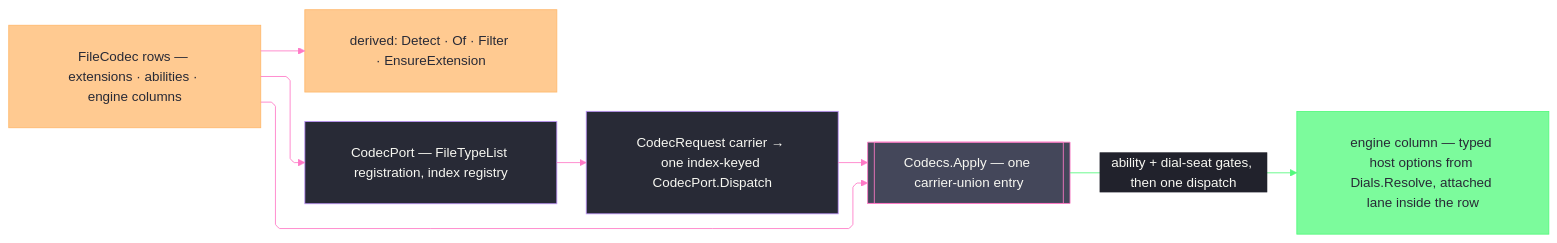
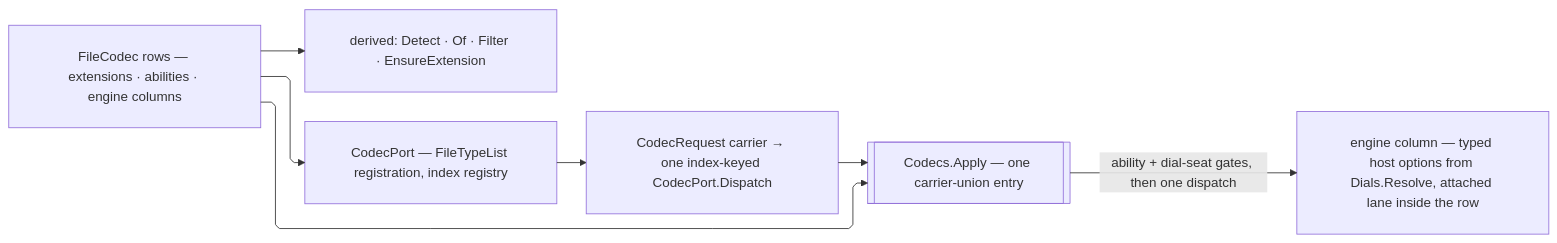
The diagram in libs/csharp/Rasm.Rhino/.planning/Exchange/formats.md (bsamiee/Rasm), drawn with Mermaid before and after one commit. The commit also changed 324 other files, not shown here.

````diff
--- a/libs/csharp/Rasm.Rhino/.planning/Exchange/formats.md
+++ b/libs/csharp/Rasm.Rhino/.planning/Exchange/formats.md
@@ -535,43 +535,18 @@
 ```mermaid
 ---
 config:
-  theme: base
-  look: classic
   layout: elk
   flowchart:
     curve: linear
     padding: 25
-  themeVariables:
-    darkMode: true
-    fontFamily: "SF Mono, Menlo, Cascadia Mono, Segoe UI Mono, Consolas, monospace"
-    useGradient: false
-    dropShadow: "none"
-    background: "#282A36"
-    primaryColor: "#44475A"
-    primaryTextColor: "#F8F8F2"
-    primaryBorderColor: "#BD93F9"
-    lineColor: "#FF79C6"
-    textColor: "#F8F8F2"
-    edgeLabelBackground: "#21222C"
-    labelBackgroundColor: "#21222C"
-  themeCSS: ".nodeLabel{font-size:13px;font-weight:500}.edgeLabel{font-size:12px;font-weight:500}.cluster-label .nodeLabel{font-size:13.5px;font-weight:700;letter-spacing:.08em}.edge-thickness-normal{stroke-width:2px}.edge-thickness-thick{stroke-width:3px}.edge-pattern-dashed,.edge-pattern-dotted{stroke-width:1.5px;stroke-dasharray:4 6}.node rect,.node circle,.node polygon,.node path,.node .outer-path{stroke-width:1.5px;filter:none!important}.cluster rect{stroke-width:1px!important;stroke-dasharray:5 4!important;filter:none!important}.marker path{transform:scale(.8);transform-origin:5px 5px}.marker circle{transform:scale(.48);transform-origin:5px 5px}.edgeLabel rect{transform-box:fill-box;transform-origin:center;transform:scale(1.1,1.2)}"
 ---
 flowchart LR
     accTitle: Codec matrix dispatch topology
     accDescr: FileCodec rows feed derived lookup surfaces, one carrier-union entry with ability and dial-seat gates, and the host dialog port whose callbacks route back onto that entry.
     Rows["FileCodec rows — extensions · abilities · engine columns"] --> Lookup["derived: Detect · Of · Filter · EnsureExtension"]
     Rows --> Entry[["Codecs.Apply — one carrier-union entry"]]
     Entry -->|ability + dial-seat gates, then one dispatch| Direct["engine column — typed host options from Dials.Resolve, attached lane inside the row"]
     Rows --> Port["CodecPort — FileTypeList registration, index registry"]
     Port --> Dialog["CodecRequest carrier → one index-keyed CodecPort.Dispatch"]
     Dialog --> Entry
-    linkStyle 2 stroke:#50FA7B,color:#F8F8F2
-    classDef primary fill:#44475A,stroke:#FF79C6,color:#F8F8F2
-    classDef success fill:#50FA7BBF,stroke:#50FA7B,color:#282A36
-    classDef data fill:#FFB86CBF,stroke:#FFB86C,color:#282A36
-    classDef boundary fill:#282A36,stroke:#BD93F9,color:#F8F8F2
-    class Entry primary
-    class Direct success
-    class Rows,Lookup data
-    class Port,Dialog boundary
 ```
````
